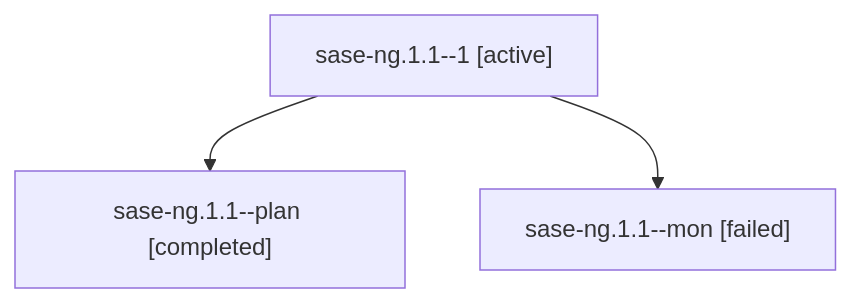
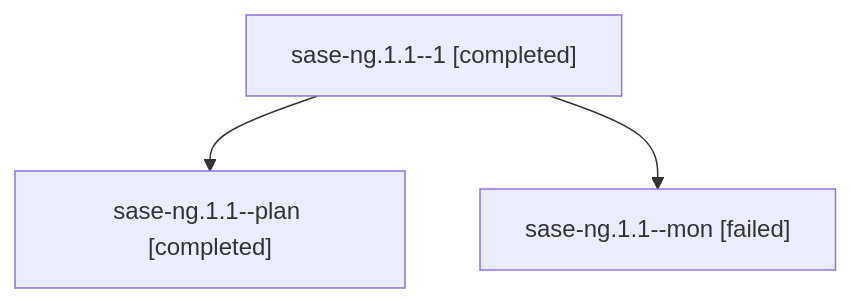
The diagram in families/bbugyi200.athena.sase-ng.1.1.md (sase-org/sase--agents), drawn with Mermaid before and after one commit. The commit also changed other lines of this file and 23 other files, not shown here.

````diff
--- a/families/bbugyi200.athena.sase-ng.1.1.md
+++ b/families/bbugyi200.athena.sase-ng.1.1.md
@@ -9,8 +9,8 @@
 ```mermaid
 flowchart TD
-  n0["sase-ng.1.1--1 [active]"]
+  n0["sase-ng.1.1--1 [completed]"]
   n1["sase-ng.1.1--plan [completed]"]
   n0 --> n1
   n2["sase-ng.1.1--mon [failed]"]
   n0 --> n2
 ```
````
